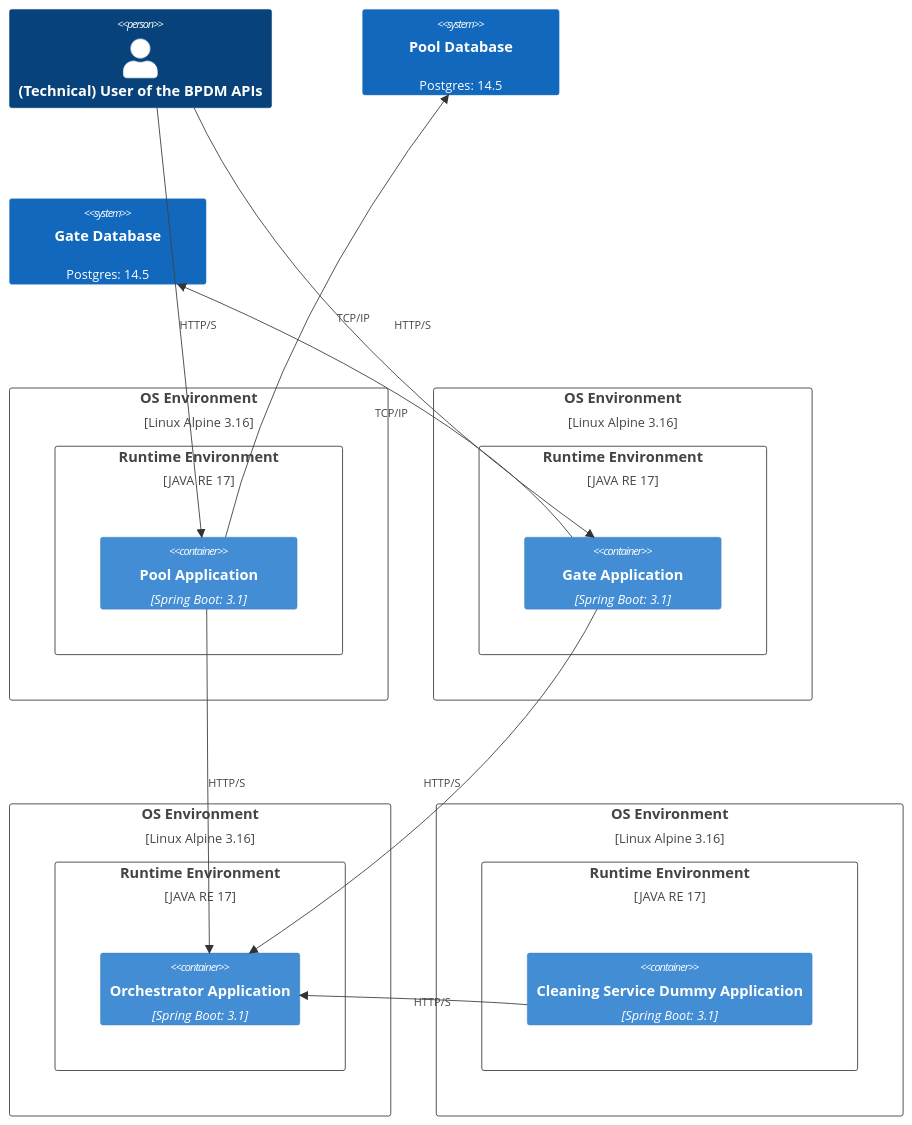
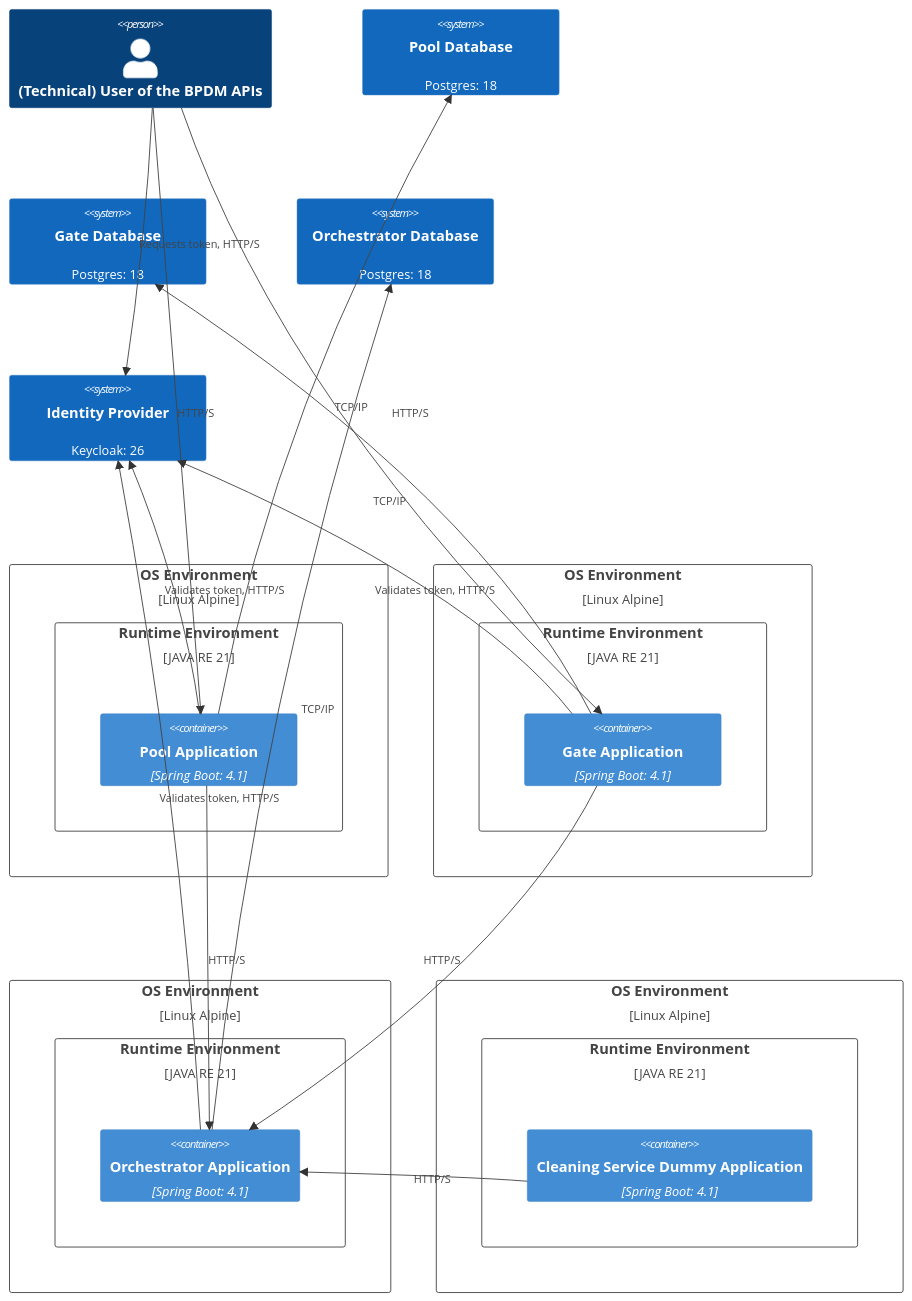
The eighth of 10 diagrams in docs-kits_versioned_docs/version-26.09/kits/business-partner-kit/documentation-bpdm/bpdm-arc42.md (eclipse-tractusx/eclipse-tractusx.github.io), drawn with Mermaid before and after one commit. The commit also changed other lines of this file and 13 other files, not shown here.

````diff
--- a/docs-kits_versioned_docs/version-26.09/kits/business-partner-kit/documentation-bpdm/bpdm-arc42.md
+++ b/docs-kits_versioned_docs/version-26.09/kits/business-partner-kit/documentation-bpdm/bpdm-arc42.md
@@ -391,43 +617,52 @@
 ```mermaid
 C4Context
 
     Person(bpdm_user, "(Technical) User of the BPDM APIs")
 
-    System(pool_postgres, "Pool Database", "Postgres: 14.5")
-    System(gate_postgres, "Gate Database", "Postgres: 14.5")
+    System(pool_postgres, "Pool Database", "Postgres: 18")
+    System(gate_postgres, "Gate Database", "Postgres: 18")
+    System(orchestrator_postgres, "Orchestrator Database", "Postgres: 18")
+    System(keycloak, "Identity Provider", "Keycloak: 26")
 
-    Deployment_Node(pool_machine, "OS Environment", "Linux Alpine 3.16"){
-        Deployment_Node(pool_java, "Runtime Environment", "JAVA RE 17") {
-            Container(pool_container, "Pool Application", "Spring Boot: 3.1")
+    Deployment_Node(pool_machine, "OS Environment", "Linux Alpine"){
+        Deployment_Node(pool_java, "Runtime Environment", "JAVA RE 21") {
+            Container(pool_container, "Pool Application", "Spring Boot: 4.1")
         }
     }
 
-    Deployment_Node(gate_machine, "OS Environment", "Linux Alpine 3.16"){
-        Deployment_Node(gate_java, "Runtime Environment", "JAVA RE 17") {
-            Container(gate_container, "Gate Application", "Spring Boot: 3.1")
+    Deployment_Node(gate_machine, "OS Environment", "Linux Alpine"){
+        Deployment_Node(gate_java, "Runtime Environment", "JAVA RE 21") {
+            Container(gate_container, "Gate Application", "Spring Boot: 4.1")
         }
     }
 
-    Deployment_Node(orchestrator_machine, "OS Environment", "Linux Alpine 3.16"){
-        Deployment_Node(orchestrator_java, "Runtime Environment", "JAVA RE 17") {
-            Container(orchestrator_container, "Orchestrator Application", "Spring Boot: 3.1")
+    Deployment_Node(orchestrator_machine, "OS Environment", "Linux Alpine"){
+        Deployment_Node(orchestrator_java, "Runtime Environment", "JAVA RE 21") {
+            Container(orchestrator_container, "Orchestrator Application", "Spring Boot: 4.1")
         }
     }
 
-     Deployment_Node(dummy_machine, "OS Environment", "Linux Alpine 3.16"){
-        Deployment_Node(dummy_java, "Runtime Environment", "JAVA RE 17") {
-            Container(dummy_container, "Cleaning Service Dummy Application", "Spring Boot: 3.1")
+     Deployment_Node(dummy_machine, "OS Environment", "Linux Alpine"){
+        Deployment_Node(dummy_java, "Runtime Environment", "JAVA RE 21") {
+            Container(dummy_container, "Cleaning Service Dummy Application", "Spring Boot: 4.1")
         }
     }
 
     Rel(bpdm_user, pool_container, "HTTP/S")
     Rel(pool_container, pool_postgres, "TCP/IP")
 
     Rel(bpdm_user, gate_container, "HTTP/S")
     Rel(gate_container, gate_postgres, "TCP/IP")
 
+    Rel(orchestrator_container, orchestrator_postgres, "TCP/IP")
+
     Rel(pool_container, orchestrator_container, "HTTP/S")
     Rel(gate_container, orchestrator_container, "HTTP/S")
     Rel(dummy_container, orchestrator_container, "HTTP/S")
 
+    Rel(bpdm_user, keycloak, "Requests token, HTTP/S")
+    Rel(gate_container, keycloak, "Validates token, HTTP/S")
+    Rel(pool_container, keycloak, "Validates token, HTTP/S")
+    Rel(orchestrator_container, keycloak, "Validates token, HTTP/S")
+
 ```
````
